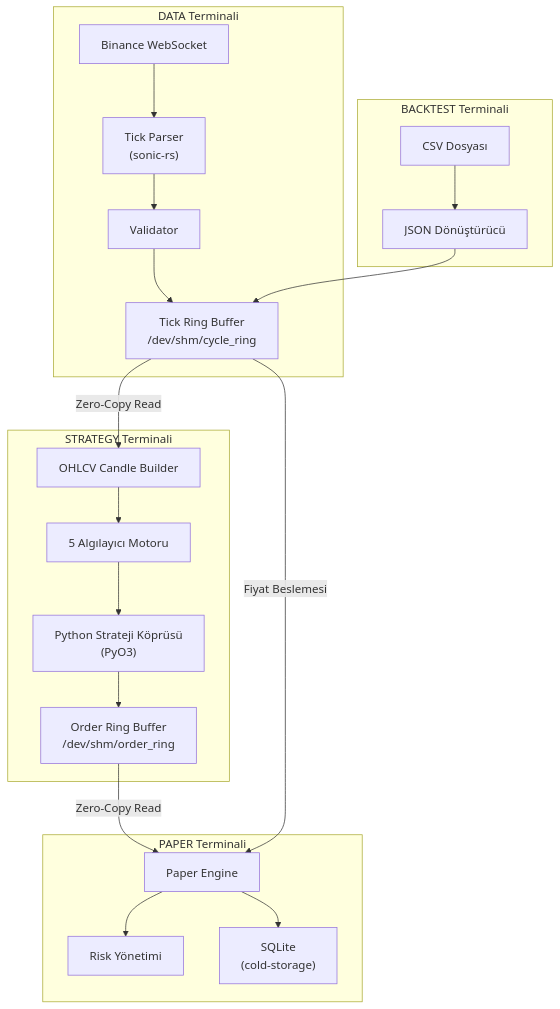
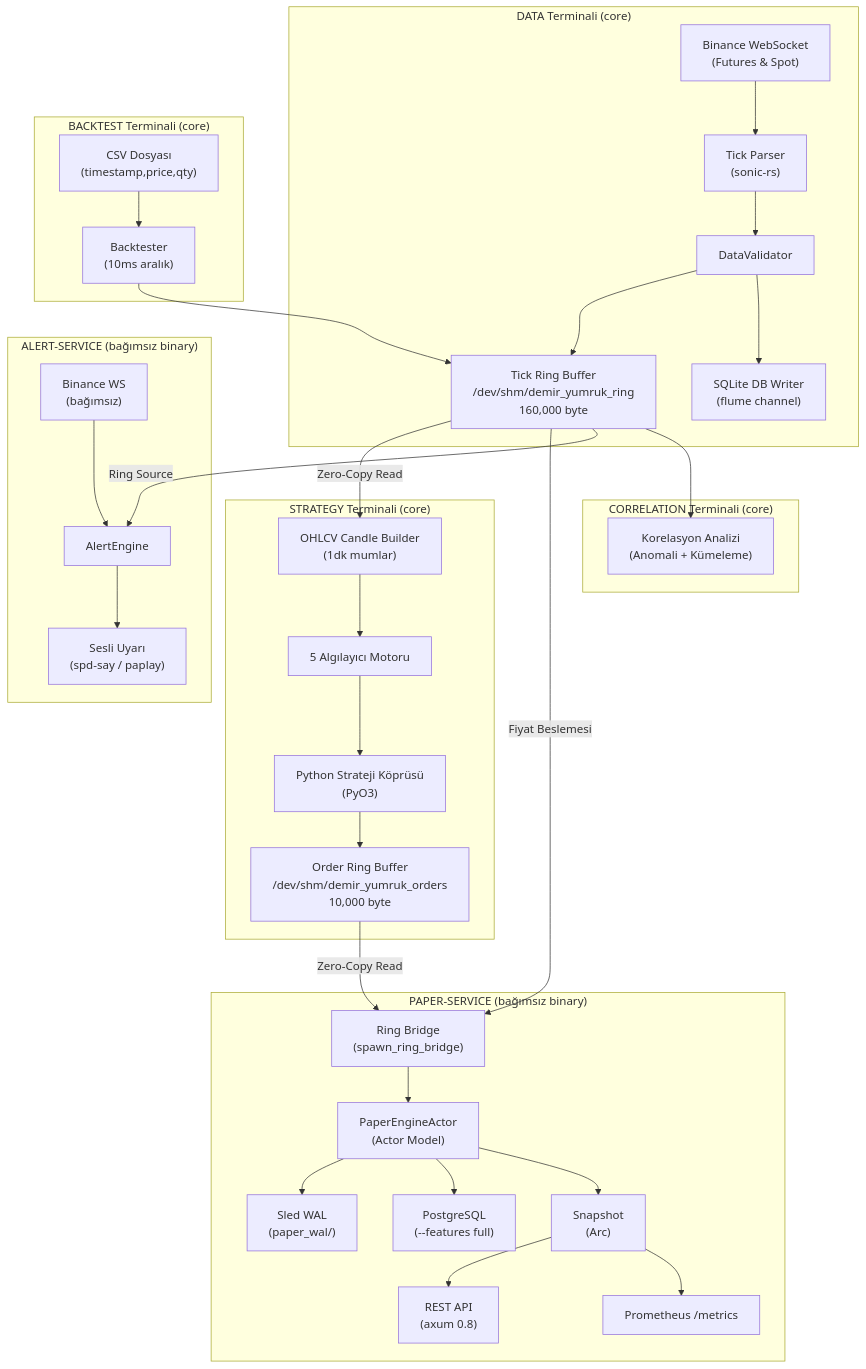
The first of 2 diagrams in README.md (Quant-Trade-Lab-Community/cycle_finance_bot), drawn with Mermaid before and after one commit. The commit also changed other lines of this file, not shown here.

````diff
--- a/README.md
+++ b/README.md
@@ -14,27 +14,42 @@
 ```mermaid
 graph TB
-    subgraph "DATA Terminali"
-        WS["Binance WebSocket"] --> TP["Tick Parser<br/>(sonic-rs)"]
-        TP --> VAL["Validator"]
-        VAL --> TR["Tick Ring Buffer<br/>/dev/shm/cycle_ring"]
+    subgraph "DATA Terminali (core)"
+        WS["Binance WebSocket<br/>(Futures & Spot)"] --> TP["Tick Parser<br/>(sonic-rs)"]
+        TP --> VAL["DataValidator"]
+        VAL --> TR["Tick Ring Buffer<br/>/dev/shm/demir_yumruk_ring<br/>160,000 byte"]
+        VAL --> DB_RAW["SQLite DB Writer<br/>(flume channel)"]
     end
 
-    subgraph "BACKTEST Terminali"
-        CSV["CSV Dosyası"] --> JSON["JSON Dönüştürücü"]
-        JSON --> TR
+    subgraph "BACKTEST Terminali (core)"
+        CSV["CSV Dosyası<br/>(timestamp,price,qty)"] --> BT["Backtester<br/>(10ms aralık)"]
+        BT --> TR
     end
 
-    subgraph "STRATEGY Terminali"
-        TR --> |"Zero-Copy Read"| OHLCV["OHLCV Candle Builder"]
+    subgraph "STRATEGY Terminali (core)"
+        TR --> |"Zero-Copy Read"| OHLCV["OHLCV Candle Builder<br/>(1dk mumlar)"]
         OHLCV --> DET["5 Algılayıcı Motoru"]
         DET --> PY["Python Strateji Köprüsü<br/>(PyO3)"]
-        PY --> OR["Order Ring Buffer<br/>/dev/shm/order_ring"]
+        PY --> OR["Order Ring Buffer<br/>/dev/shm/demir_yumruk_orders<br/>10,000 byte"]
     end
 
-    subgraph "PAPER Terminali"
-        OR --> |"Zero-Copy Read"| PE["Paper Engine"]
-        TR --> |"Fiyat Beslemesi"| PE
-        PE --> RM["Risk Yönetimi"]
-        PE --> DB["SQLite<br/>(cold-storage)"]
+    subgraph "PAPER-SERVICE (bağımsız binary)"
+        OR --> |"Zero-Copy Read"| BRIDGE["Ring Bridge<br/>(spawn_ring_bridge)"]
+        TR --> |"Fiyat Beslemesi"| BRIDGE
+        BRIDGE --> ACTOR["PaperEngineActor<br/>(Actor Model)"]
+        ACTOR --> WAL["Sled WAL<br/>(paper_wal/)"]
+        ACTOR --> PG["PostgreSQL<br/>(--features full)"]
+        ACTOR --> SNAP["Snapshot<br/>(Arc<RwLock>)"]
+        SNAP --> API["REST API<br/>(axum 0.8)"]
+        SNAP --> METRICS["Prometheus /metrics"]
+    end
+
+    subgraph "ALERT-SERVICE (bağımsız binary)"
+        TR --> |"Ring Source"| AE["AlertEngine"]
+        WS2["Binance WS<br/>(bağımsız)"] --> AE
+        AE --> AUDIO["Sesli Uyarı<br/>(spd-say / paplay)"]
+    end
+
+    subgraph "CORRELATION Terminali (core)"
+        TR --> CA["Korelasyon Analizi<br/>(Anomali + Kümeleme)"]
     end
 ```
````
